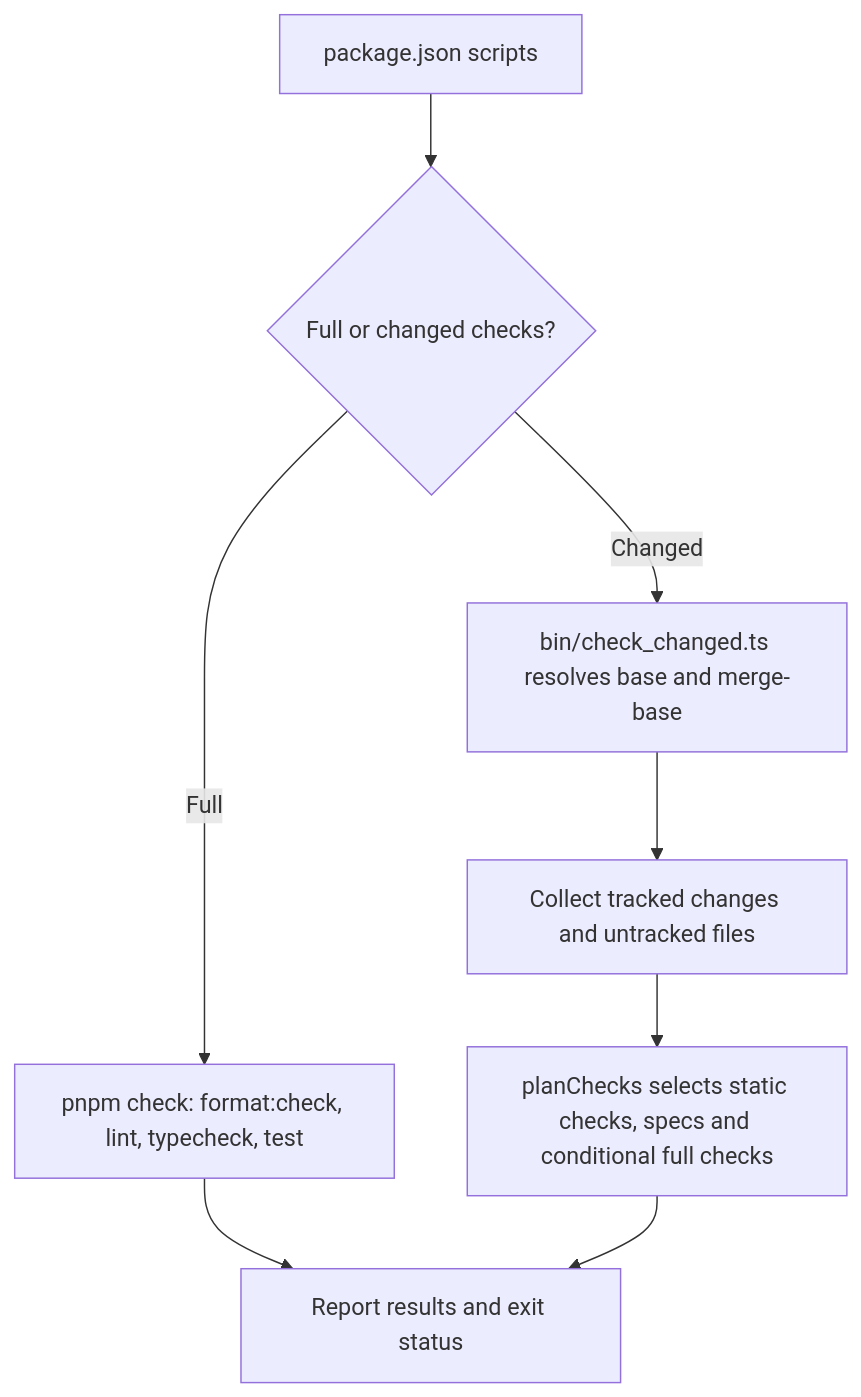
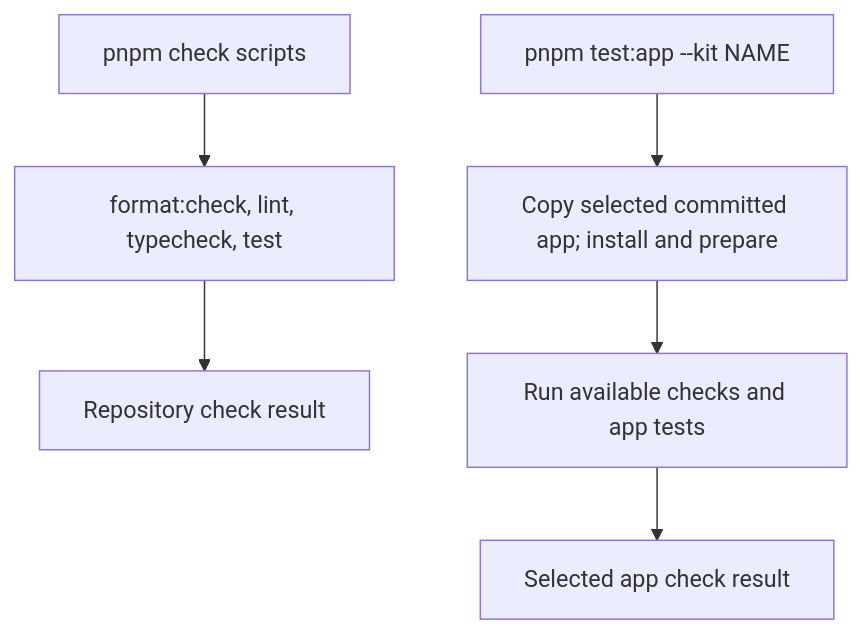
One commit to Kevinjohn/oss-adonisjs-starter-examples changed the second of 2 diagrams in user-stories/operations/us-ops-08-validate-contribution.md. Above: the diagram before and after it, drawn with Mermaid. The commit also changed other lines of this file and 154 other files, not shown here.

````diff
--- a/user-stories/operations/us-ops-08-validate-contribution.md
+++ b/user-stories/operations/us-ops-08-validate-contribution.md
@@ -32,10 +34,8 @@
 ```mermaid
 flowchart TD
-    A["package.json scripts"] --> B{"Full or changed checks?"}
-    B -->|Full| C["pnpm check: format:check, lint, typecheck, test"]
-    B -->|Changed| D["bin/check_changed.ts resolves base and merge-base"]
-    D --> E["Collect tracked changes and untracked files"]
-    E --> F["planChecks selects static checks, specs and conditional full checks"]
-    C --> G["Report results and exit status"]
-    F --> G
+    A["pnpm check scripts"] --> B["format:check, lint, typecheck, test"]
+    B --> C["Repository check result"]
+    D["pnpm test:app --kit NAME"] --> E["Copy selected committed app; install and prepare"]
+    E --> F["Run available checks and app tests"]
+    F --> G["Selected app check result"]
 ```
````
